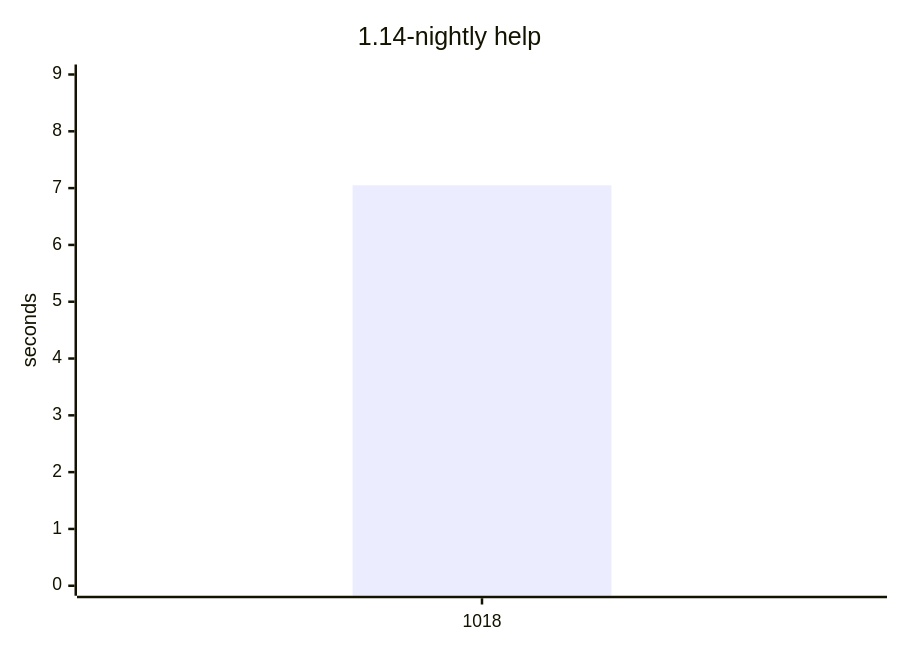
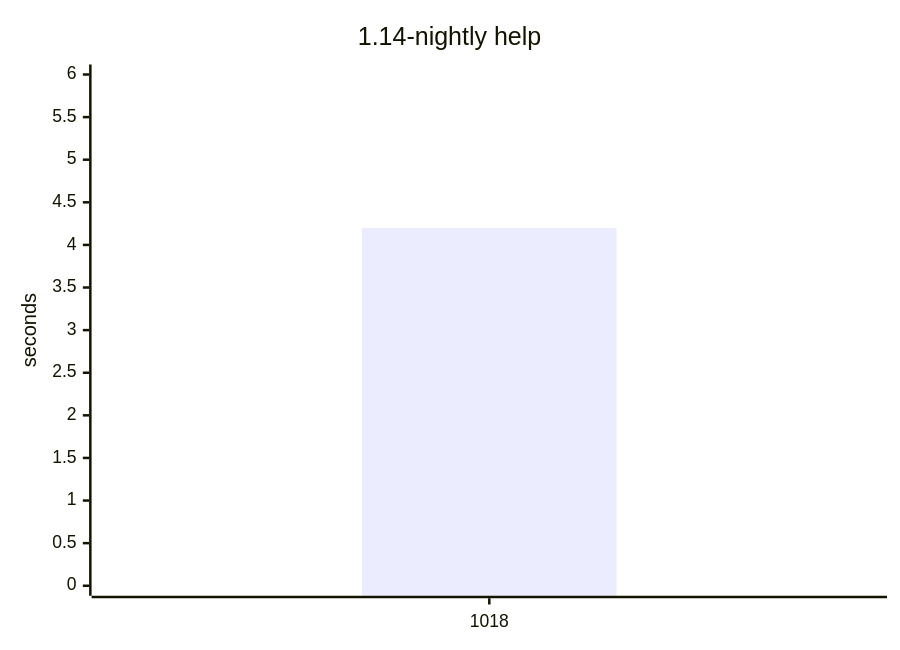
One commit to yamanori99/DistSSHQueue.jl changed the third of 4 diagrams in README.md. Above: the diagram before and after it, drawn with Mermaid. The commit also changed other lines of this file and 1 other file, not shown here.

````diff
--- a/README.md
+++ b/README.md
@@ -74,7 +74,7 @@
 ```mermaid
 xychart-beta
     title "1.14-nightly help"
     x-axis ["1018"]
-    y-axis "seconds" 0 --> 9
-    bar [7.05]
+    y-axis "seconds" 0 --> 6
+    bar [4.2]
 ```
````
